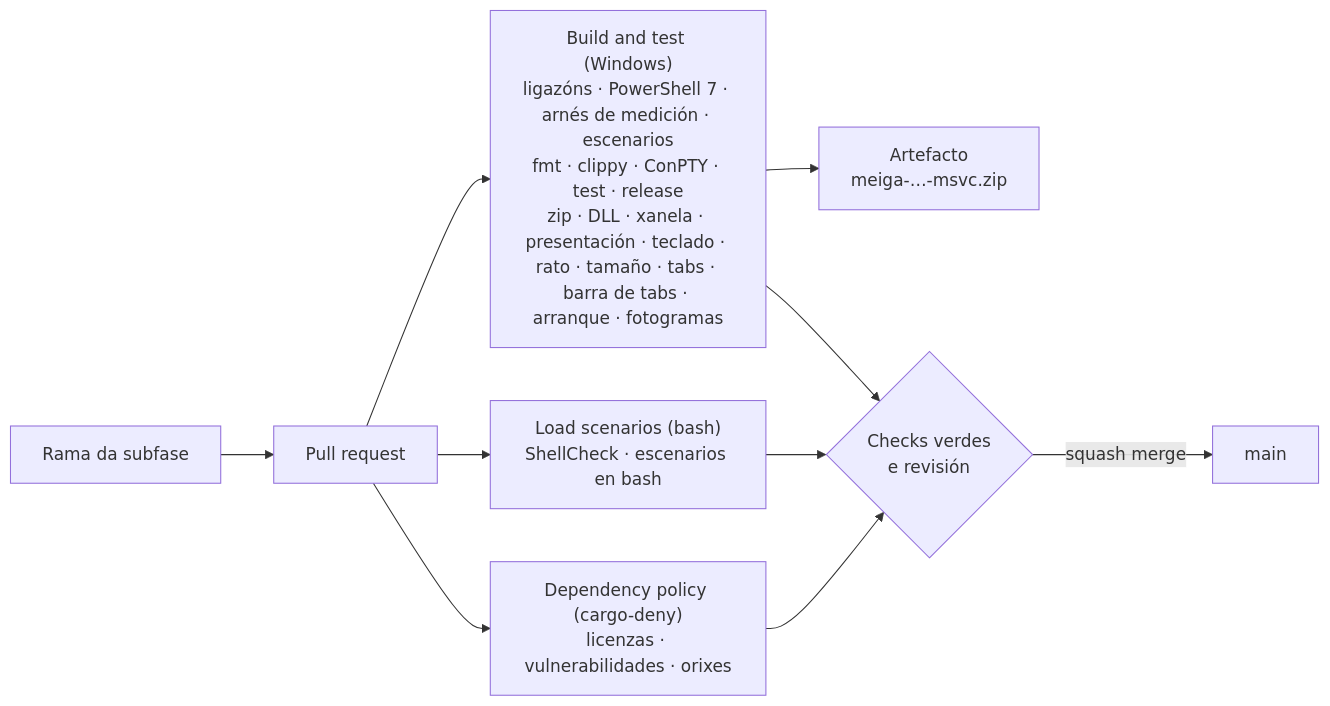
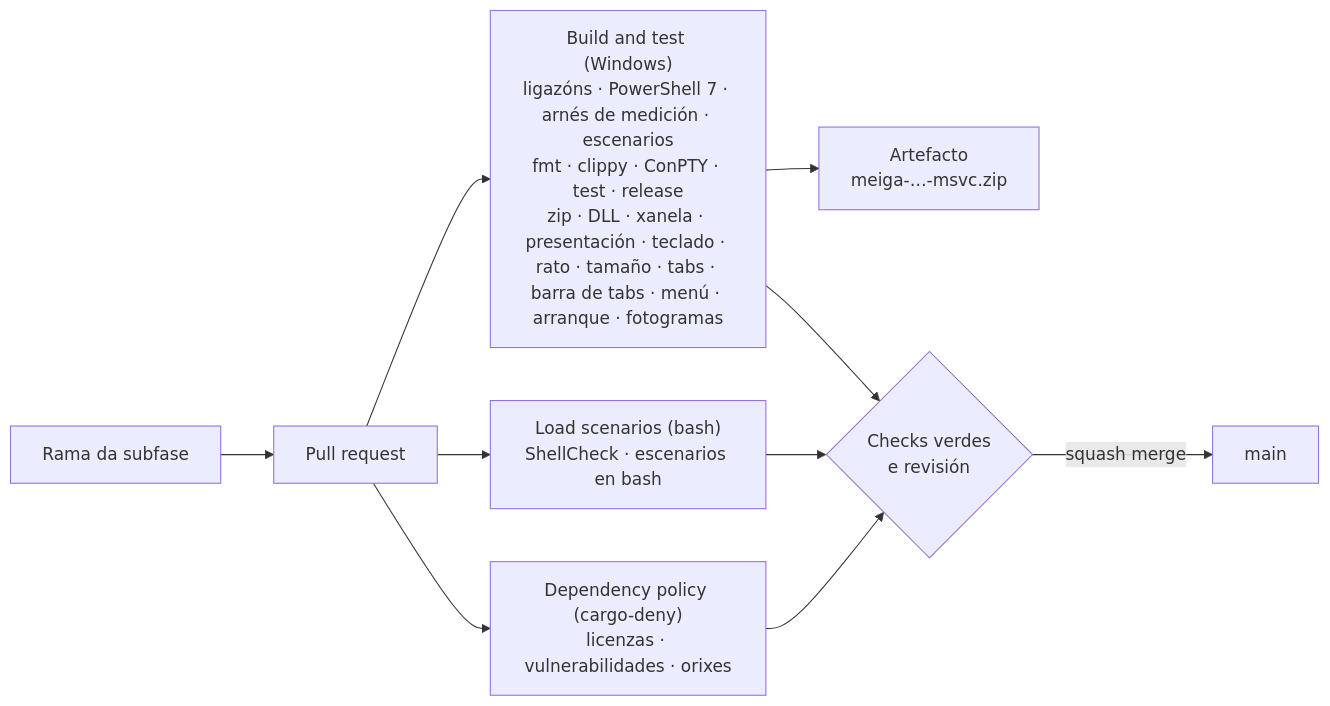
One commit to NewHouses/meiga changed diagram 15 of 17 in docs/arquitectura.md. Above: the diagram before and after it, drawn with Mermaid. The commit also changed other lines of this file and 29 other files, not shown here.

````diff
--- a/docs/arquitectura.md
+++ b/docs/arquitectura.md
@@ -406,12 +431,12 @@
 ```mermaid
 flowchart LR
     rama["Rama da subfase"] --> pr["Pull request"]
-    pr --> win["Build and test (Windows)<br/>ligazóns · PowerShell 7 · arnés de medición · escenarios<br/>fmt · clippy · ConPTY · test · release<br/>zip · DLL · xanela · presentación · teclado · rato · tamaño · tabs · barra de tabs · arranque · fotogramas"]
+    pr --> win["Build and test (Windows)<br/>ligazóns · PowerShell 7 · arnés de medición · escenarios<br/>fmt · clippy · ConPTY · test · release<br/>zip · DLL · xanela · presentación · teclado · rato · tamaño · tabs · barra de tabs · menú · arranque · fotogramas"]
     pr --> scen["Load scenarios (bash)<br/>ShellCheck · escenarios en bash"]
     pr --> deny["Dependency policy (cargo-deny)<br/>licenzas · vulnerabilidades · orixes"]
     win --> art["Artefacto<br/>meiga-…-msvc.zip"]
     win --> ok{"Checks verdes<br/>e revisión"}
     scen --> ok
     deny --> ok
     ok -->|squash merge| main["main"]
 ```
````
